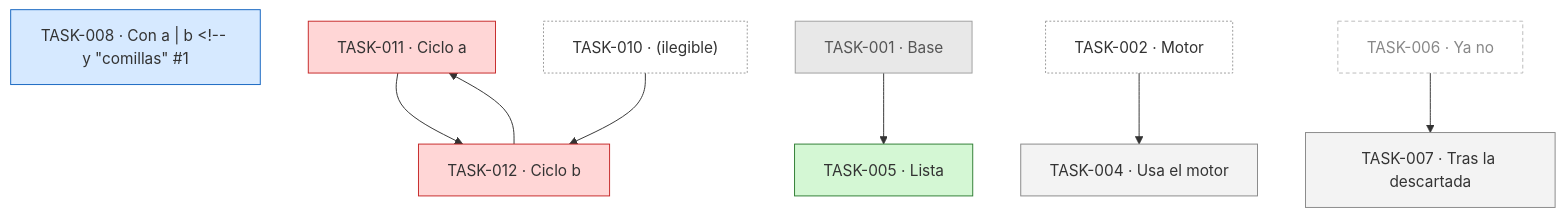
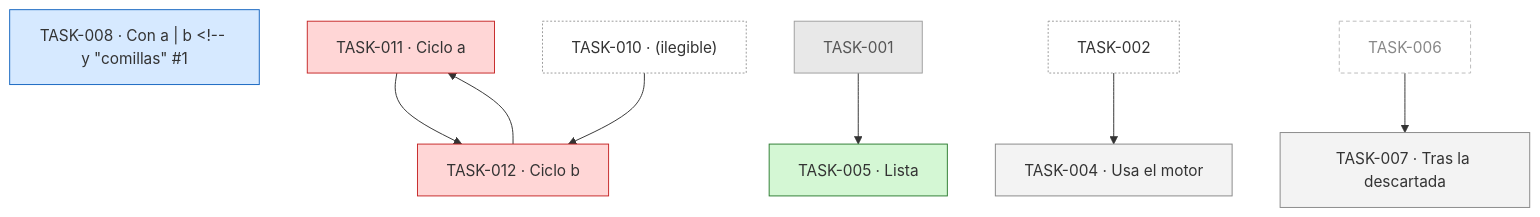
One commit to charliebk/TaskCodeTwo changed the first of 2 diagrams in crates/tc2/tests/fixtures/roadmap/referencia.md. Above: the diagram before and after it, drawn with Mermaid. The commit also changed other lines of this file and 5 other files, not shown here.

First line of the commit message:
test(TASK-031): integracion de roadmap para C1 a C6

````diff
--- a/crates/tc2/tests/fixtures/roadmap/referencia.md
+++ b/crates/tc2/tests/fixtures/roadmap/referencia.md
@@ -51,26 +51,26 @@
 ```mermaid
 flowchart TD
   T007["TASK-007 · Tras la descartada"]:::espera
   T008["TASK-008 · Con a | b #lt;!-- y #quot;comillas#quot; #35;1"]:::marcha
   T005["TASK-005 · Lista"]:::lista
   T004["TASK-004 · Usa el motor"]:::espera
   T011["TASK-011 · Ciclo a"]:::atascada
   T012["TASK-012 · Ciclo b"]:::atascada
-  T001["TASK-001 · Base"]:::terminada
-  T002["TASK-002 · Motor"]:::borde
-  T006["TASK-006 · Ya no"]:::descartada
+  T001["TASK-001"]:::terminada
+  T002["TASK-002"]:::borde
+  T006["TASK-006"]:::descartada
   T010["TASK-010 · (ilegible)"]:::borde
   T006 --> T007
   T001 --> T005
   T002 --> T004
   T012 --> T011
   T011 --> T012
   T010 --> T012
   classDef lista fill:#d4f7d4,stroke:#2e7d32
   classDef marcha fill:#d6e9ff,stroke:#1565c0
   classDef espera fill:#f3f3f3,stroke:#888888
   classDef atascada fill:#ffd6d6,stroke:#c62828
   classDef terminada fill:#e8e8e8,stroke:#9e9e9e,color:#555555
   classDef descartada fill:#ffffff,stroke:#bbbbbb,stroke-dasharray:4 3,color:#888888
   classDef borde fill:#ffffff,stroke:#999999,stroke-dasharray:2 2
 ```
````
